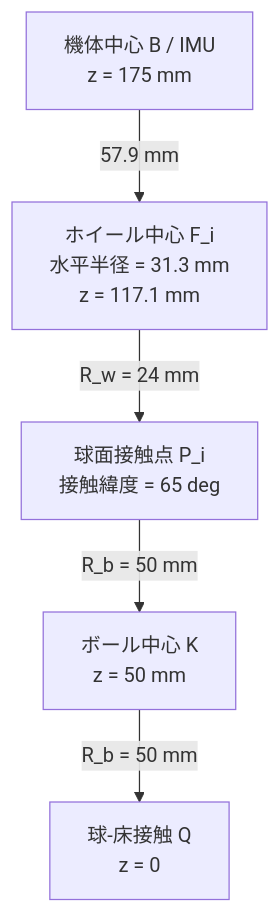
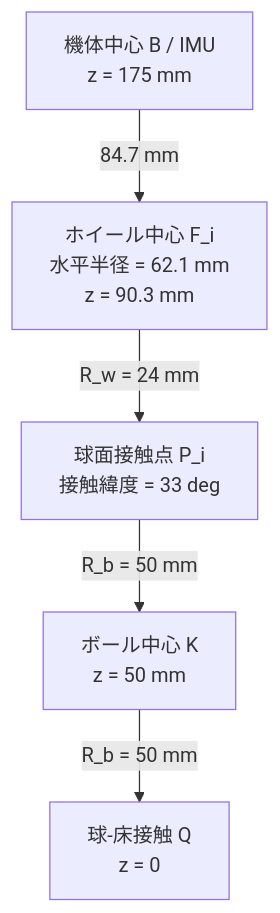
The second of 2 diagrams in specs/hardware_design/mechanism/ball_balancing_omnirover3wd/README.md (nenecchiCV/ball-balancing-omni-rover), drawn with Mermaid before and after one commit. The commit also changed other lines of this file and 87 other files, not shown here.

````diff
--- a/specs/hardware_design/mechanism/ball_balancing_omnirover3wd/README.md
+++ b/specs/hardware_design/mechanism/ball_balancing_omnirover3wd/README.md
@@ -76,12 +76,12 @@
 ```mermaid
 flowchart TB
   B0[機体中心 B / IMU<br/>z = 175 mm]
-  F1[ホイール中心 F_i<br/>水平半径 = 31.3 mm<br/>z = 117.1 mm]
-  P[球面接触点 P_i<br/>接触緯度 = 65 deg]
+  F1[ホイール中心 F_i<br/>水平半径 = 62.1 mm<br/>z = 90.3 mm]
+  P[球面接触点 P_i<br/>接触緯度 = 33 deg]
   K0[ボール中心 K<br/>z = 50 mm]
   Q[球-床接触 Q<br/>z = 0]
-  B0 -->|57.9 mm| F1
+  B0 -->|84.7 mm| F1
   F1 -->|R_w = 24 mm| P
   P -->|R_b = 50 mm| K0
   K0 -->|R_b = 50 mm| Q
 ```
````
